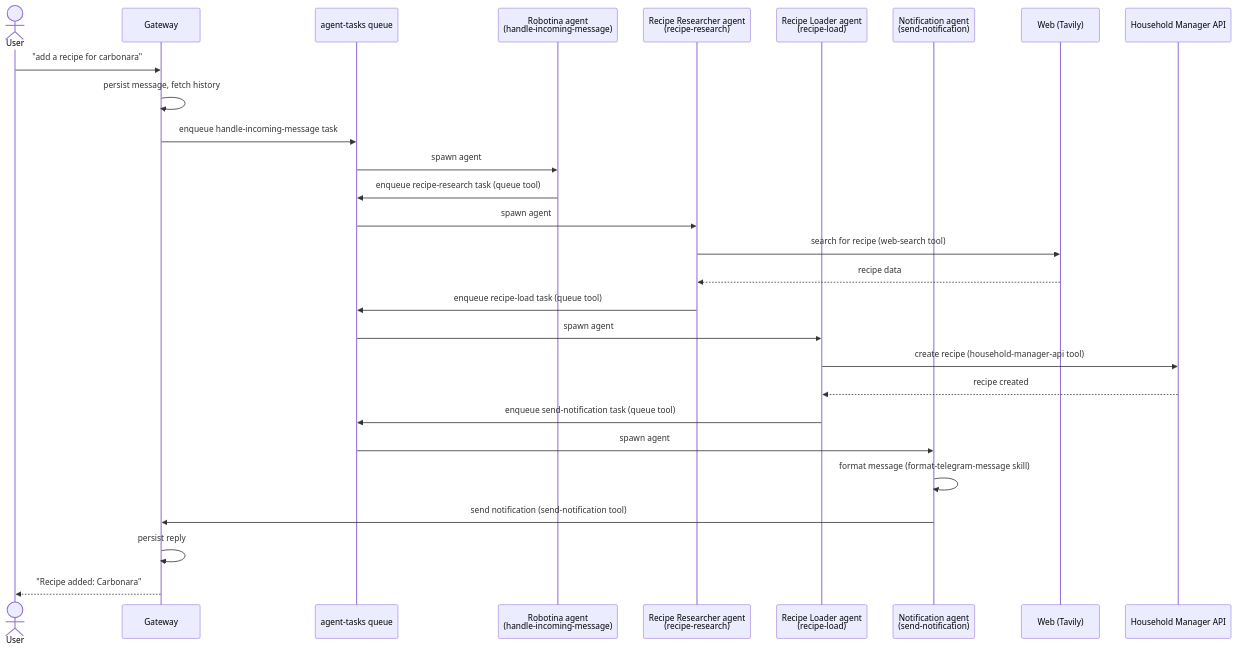
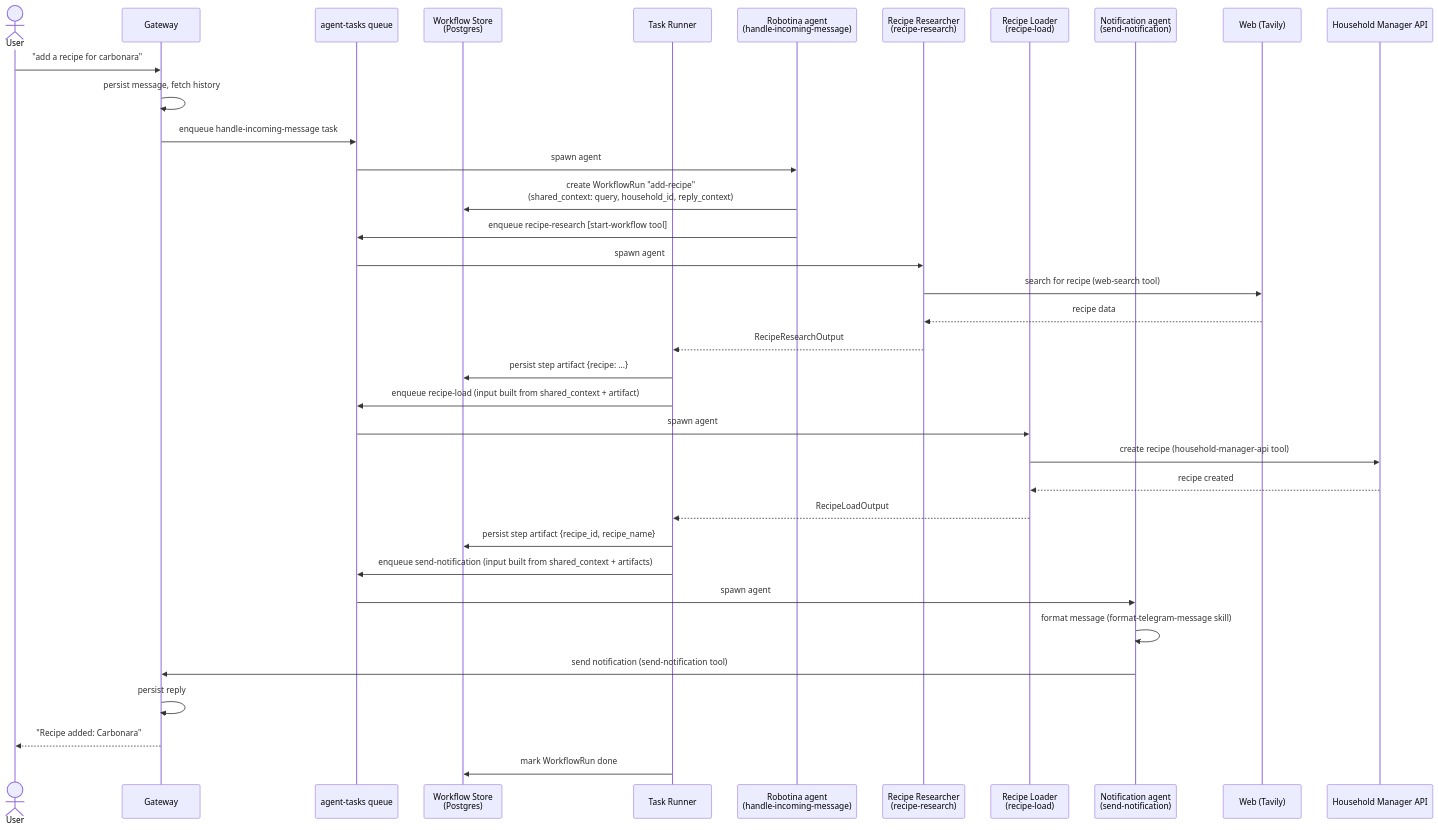
The second of 2 diagrams in plans/01-kickoff/spec.md (solanoepalacio/robotina), drawn with Mermaid before and after one commit. The commit also changed other lines of this file and 2 other files, not shown here.

````diff
--- a/plans/01-kickoff/spec.md
+++ b/plans/01-kickoff/spec.md
@@ -111,31 +137,45 @@
 ```mermaid
 sequenceDiagram
     actor User
     participant Gateway
     participant Queue as agent-tasks queue
+    participant WF as Workflow Store<br/>(Postgres)
+    participant TR as Task Runner
     participant A1 as Robotina agent<br/>(handle-incoming-message)
-    participant A2 as Recipe Researcher agent<br/>(recipe-research)
-    participant A3 as Recipe Loader agent<br/>(recipe-load)
+    participant A2 as Recipe Researcher<br/>(recipe-research)
+    participant A3 as Recipe Loader<br/>(recipe-load)
     participant A4 as Notification agent<br/>(send-notification)
     participant Web as Web (Tavily)
     participant HM as Household Manager API
 
     User->>Gateway: "add a recipe for carbonara"
     Gateway->>Gateway: persist message, fetch history
     Gateway->>Queue: enqueue handle-incoming-message task
     Queue->>A1: spawn agent
-    A1->>Queue: enqueue recipe-research task (queue tool)
+    A1->>WF: create WorkflowRun "add-recipe"<br/>(shared_context: query, household_id, reply_context)
+    A1->>Queue: enqueue recipe-research [start-workflow tool]
+
     Queue->>A2: spawn agent
     A2->>Web: search for recipe (web-search tool)
     Web-->>A2: recipe data
-    A2->>Queue: enqueue recipe-load task (queue tool)
+    A2-->>TR: RecipeResearchOutput
+
+    TR->>WF: persist step artifact {recipe: ...}
+    TR->>Queue: enqueue recipe-load (input built from shared_context + artifact)
+
     Queue->>A3: spawn agent
     A3->>HM: create recipe (household-manager-api tool)
     HM-->>A3: recipe created
-    A3->>Queue: enqueue send-notification task (queue tool)
+    A3-->>TR: RecipeLoadOutput
+
+    TR->>WF: persist step artifact {recipe_id, recipe_name}
+    TR->>Queue: enqueue send-notification (input built from shared_context + artifacts)
+
     Queue->>A4: spawn agent
     A4->>A4: format message (format-telegram-message skill)
     A4->>Gateway: send notification (send-notification tool)
     Gateway->>Gateway: persist reply
     Gateway-->>User: "Recipe added: Carbonara"
+
+    TR->>WF: mark WorkflowRun done
 ```
````
